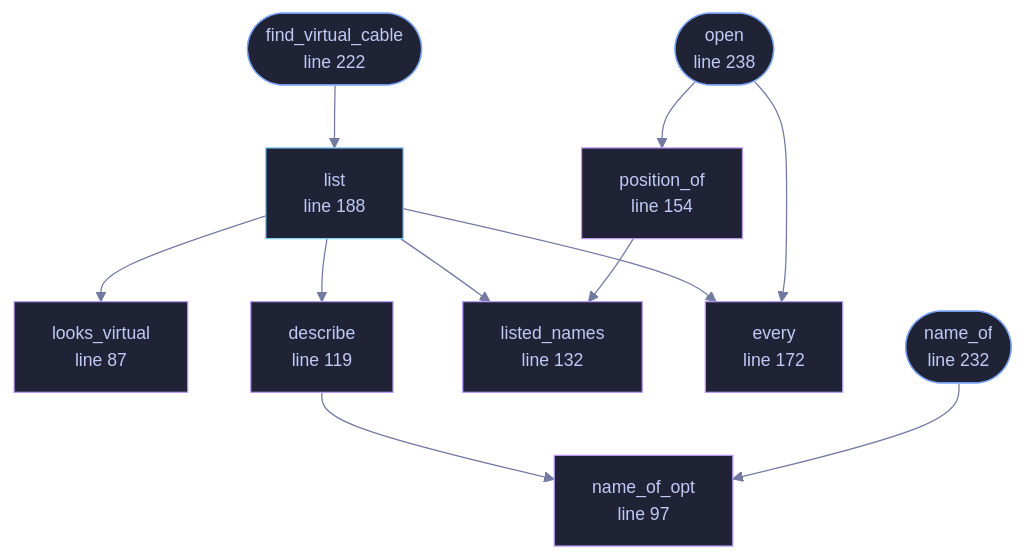
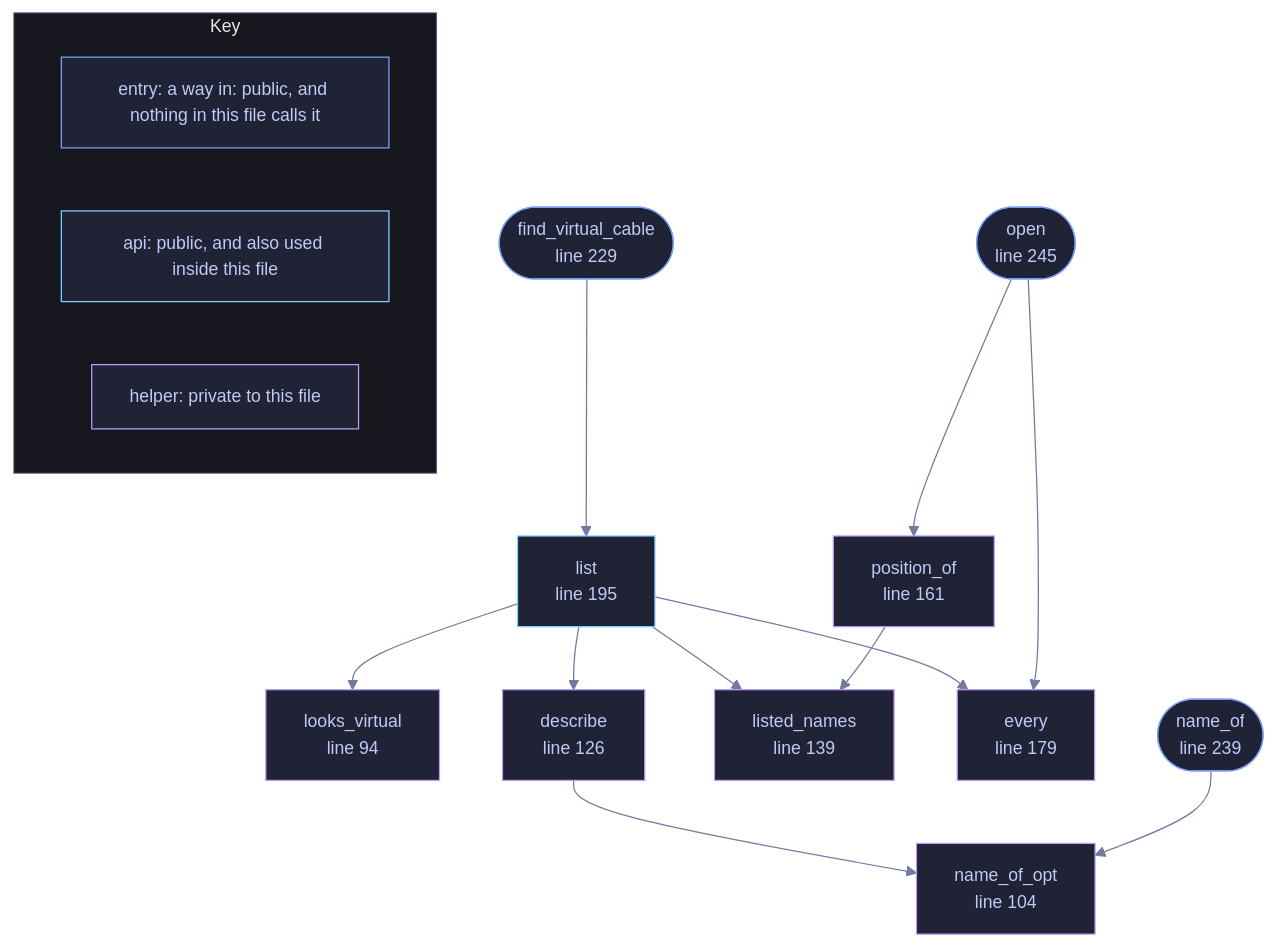
The diagram in docs/files/veilvoice-audio/devices.md (tilas01/veilvoice), drawn with Mermaid before and after one commit. The commit also changed other lines of this file and 1510 other files, not shown here.

First line of the commit message:
Regenerate the documentation, wiki, site, graphs and measured numbers

````diff
--- a/docs/files/veilvoice-audio/devices.md
+++ b/docs/files/veilvoice-audio/devices.md
@@ -117,40 +117,49 @@
 ```mermaid
 %%{init: {"theme":"base","themeVariables":{"background":"#1a1b26","primaryColor":"#1f2335","primaryTextColor":"#c0caf5","primaryBorderColor":"#7aa2f7","secondaryColor":"#16161e","tertiaryColor":"#16161e","lineColor":"#737aa2","textColor":"#c0caf5","mainBkg":"#1f2335","nodeBorder":"#7aa2f7","clusterBkg":"#16161e","clusterBorder":"#2f3549","fontFamily":"ui-monospace, SFMono-Regular, Consolas, monospace","fontSize":"14px"}}}%%
 flowchart TD
-    n_looks_virtual["looks_virtual<br/>line 87"]
-    n_name_of_opt["name_of_opt<br/>line 97"]
-    n_describe["describe<br/>line 119"]
-    n_listed_names["listed_names<br/>line 132"]
-    n_position_of["position_of<br/>line 154"]
-    n_every["every<br/>line 172"]
-    n_list["list<br/>line 188"]
-    n_find_virtual_cable(["find_virtual_cable<br/>line 222"])
-    n_name_of(["name_of<br/>line 232"])
-    n_open(["open<br/>line 238"])
+    n_looks_virtual["looks_virtual<br/>line 94"]
+    n_name_of_opt["name_of_opt<br/>line 104"]
+    n_describe["describe<br/>line 126"]
+    n_listed_names["listed_names<br/>line 139"]
+    n_position_of["position_of<br/>line 161"]
+    n_every["every<br/>line 179"]
+    n_list["list<br/>line 195"]
+    n_find_virtual_cable(["find_virtual_cable<br/>line 229"])
+    n_name_of(["name_of<br/>line 239"])
+    n_open(["open<br/>line 245"])
     n_describe --> n_name_of_opt
     n_find_virtual_cable --> n_list
     n_list --> n_describe
     n_list --> n_every
     n_list --> n_listed_names
     n_list --> n_looks_virtual
     n_name_of --> n_name_of_opt
     n_open --> n_every
     n_open --> n_position_of
     n_position_of --> n_listed_names
-    click n_looks_virtual href "https://github.com/tilas01/veilvoice/blob/main/crates/veilvoice-audio/src/devices.rs#L87" "open the source"
-    click n_name_of_opt href "https://github.com/tilas01/veilvoice/blob/main/crates/veilvoice-audio/src/devices.rs#L97" "open the source"
-    click n_describe href "https://github.com/tilas01/veilvoice/blob/main/crates/veilvoice-audio/src/devices.rs#L119" "open the source"
-    click n_listed_names href "https://github.com/tilas01/veilvoice/blob/main/crates/veilvoice-audio/src/devices.rs#L132" "open the source"
-    click n_position_of href "https://github.com/tilas01/veilvoice/blob/main/crates/veilvoice-audio/src/devices.rs#L154" "open the source"
-    click n_every href "https://github.com/tilas01/veilvoice/blob/main/crates/veilvoice-audio/src/devices.rs#L172" "open the source"
-    click n_list href "https://github.com/tilas01/veilvoice/blob/main/crates/veilvoice-audio/src/devices.rs#L188" "open the source"
-    click n_find_virtual_cable href "https://github.com/tilas01/veilvoice/blob/main/crates/veilvoice-audio/src/devices.rs#L222" "open the source"
-    click n_name_of href "https://github.com/tilas01/veilvoice/blob/main/crates/veilvoice-audio/src/devices.rs#L232" "open the source"
-    click n_open href "https://github.com/tilas01/veilvoice/blob/main/crates/veilvoice-audio/src/devices.rs#L238" "open the source"
+    click n_looks_virtual href "https://github.com/tilas01/veilvoice/blob/main/crates/veilvoice-audio/src/devices.rs#L94" "open the source"
+    click n_name_of_opt href "https://github.com/tilas01/veilvoice/blob/main/crates/veilvoice-audio/src/devices.rs#L104" "open the source"
+    click n_describe href "https://github.com/tilas01/veilvoice/blob/main/crates/veilvoice-audio/src/devices.rs#L126" "open the source"
+    click n_listed_names href "https://github.com/tilas01/veilvoice/blob/main/crates/veilvoice-audio/src/devices.rs#L139" "open the source"
+    click n_position_of href "https://github.com/tilas01/veilvoice/blob/main/crates/veilvoice-audio/src/devices.rs#L161" "open the source"
+    click n_every href "https://github.com/tilas01/veilvoice/blob/main/crates/veilvoice-audio/src/devices.rs#L179" "open the source"
+    click n_list href "https://github.com/tilas01/veilvoice/blob/main/crates/veilvoice-audio/src/devices.rs#L195" "open the source"
+    click n_find_virtual_cable href "https://github.com/tilas01/veilvoice/blob/main/crates/veilvoice-audio/src/devices.rs#L229" "open the source"
+    click n_name_of href "https://github.com/tilas01/veilvoice/blob/main/crates/veilvoice-audio/src/devices.rs#L239" "open the source"
+    click n_open href "https://github.com/tilas01/veilvoice/blob/main/crates/veilvoice-audio/src/devices.rs#L245" "open the source"
     classDef entry fill:#1f2335,stroke:#7aa2f7,color:#c0caf5
     class n_find_virtual_cable,n_name_of,n_open entry
     classDef api fill:#1f2335,stroke:#7dcfff,color:#c0caf5
     class n_list api
     classDef helper fill:#1f2335,stroke:#bb9af7,color:#c0caf5
     class n_looks_virtual,n_name_of_opt,n_describe,n_listed_names,n_position_of,n_every helper
+    subgraph chart_key ["Key"]
+        direction LR
+        key_entry["entry: a way in: public, and nothing in this file calls it"]
+        key_api["api: public, and also used inside this file"]
+        key_helper["helper: private to this file"]
+    end
+    class key_entry entry
+    class key_api api
+    class key_helper helper
 ```
````
